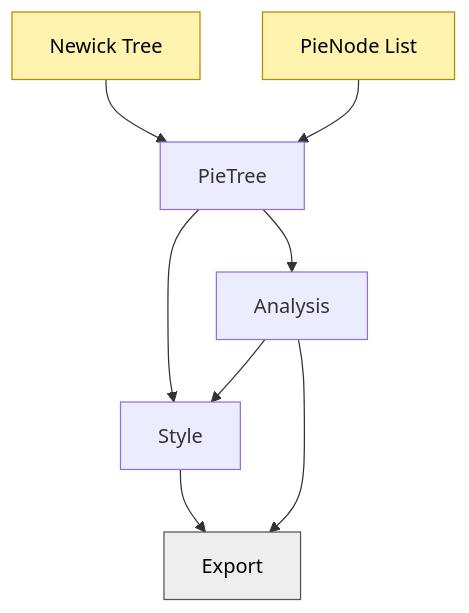
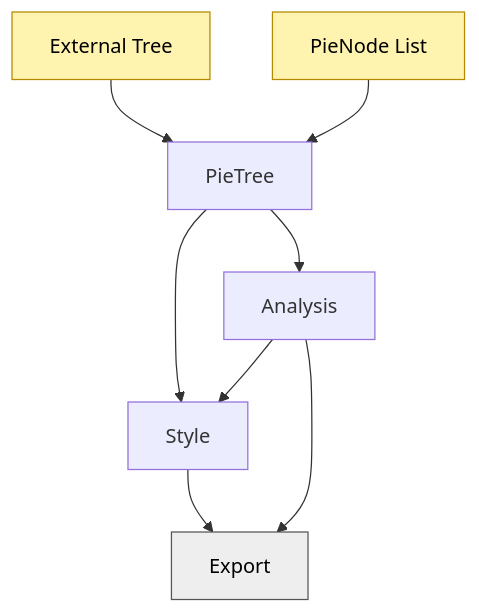
Before and after one commit to PedroCts/PieTree: the first of 2 diagrams in README.md, drawn with Mermaid. The commit also changed other lines of this file and 18 other files, not shown here.

````diff
--- a/README.md
+++ b/README.md
@@ -15,41 +15,40 @@
 ```mermaid
 flowchart TD
 
 %% =========================================================
 %% NODES
 %% =========================================================
 
-Newick[Newick Tree]
+Newick[External Tree]
 NodeList[PieNode List]
 
 PieTree
 
 %% =========================================================
 %% FLOW
 %% =========================================================
 
 Newick --> PieTree
 NodeList --> PieTree
 
 PieTree --> Analysis
 PieTree --> Style
 Analysis --> Style
 
 Style --> Export
 Analysis --> Export
 
 %% =========================================================
 %% CLASSES
 %% =========================================================
 
 classDef input fill:#fff3b0,stroke:#b58900,color:#000;
 classDef output fill:#eeeeee,stroke:#555,color:#000;
 
 %% =========================================================
 %% CLASS ASSIGNMENTS
 %% =========================================================
 
 class Newick,NodeList input;
-
 class Export output;
 ```
````
